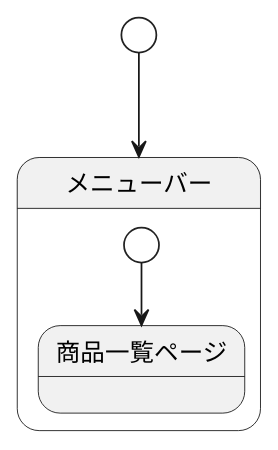
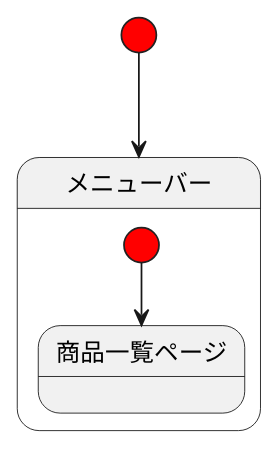
One commit to Aso2001385/2021sys-design changed the diagram in sample/StateMachine.md. Above: the diagram before and after it, drawn with PlantUML.

````diff
--- a/sample/StateMachine.md
+++ b/sample/StateMachine.md
@@ -1,17 +1,17 @@
 ```uml
 @startuml
 skinparam activity {
-  StartColor <<big>> red
+  StartColor red
 }
 
 [*] --> メニューバー
 state メニューバー {
  [*] <<big>> --> 商品一覧ページ  
 }
 
 
 
 
 
 @enduml
 ```
````
